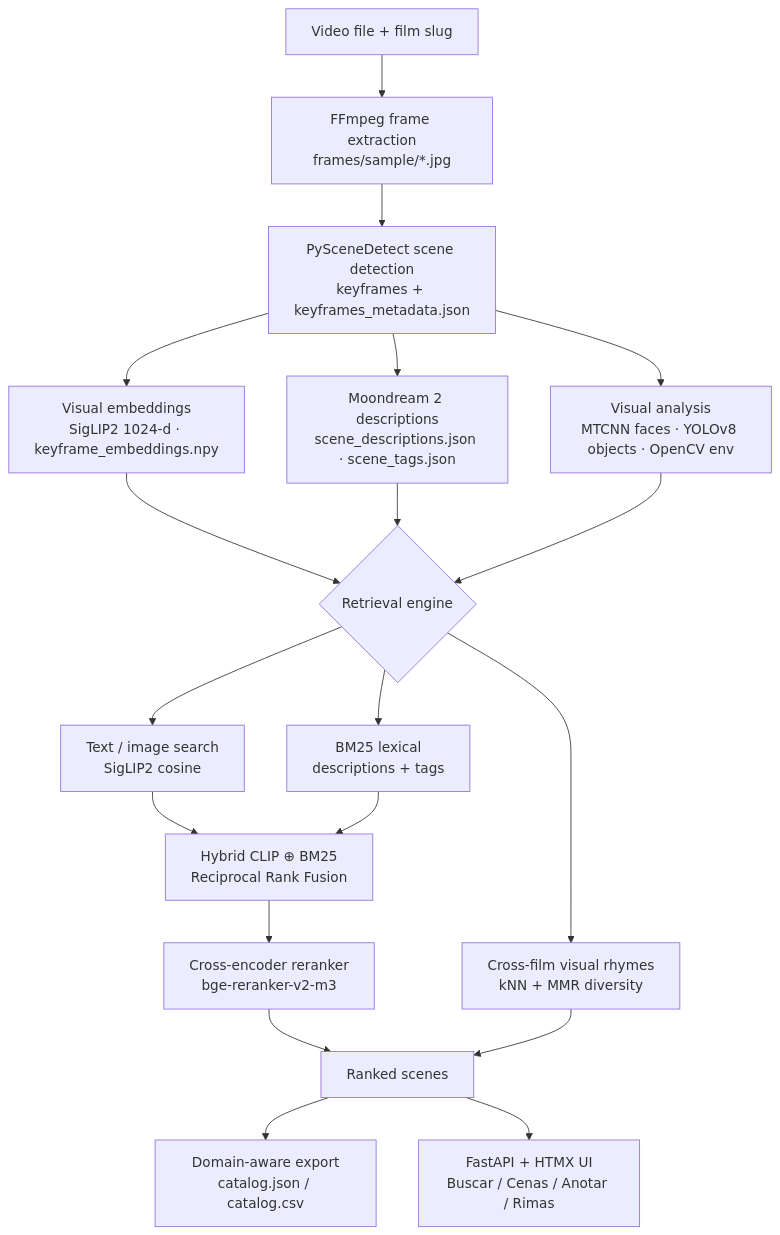
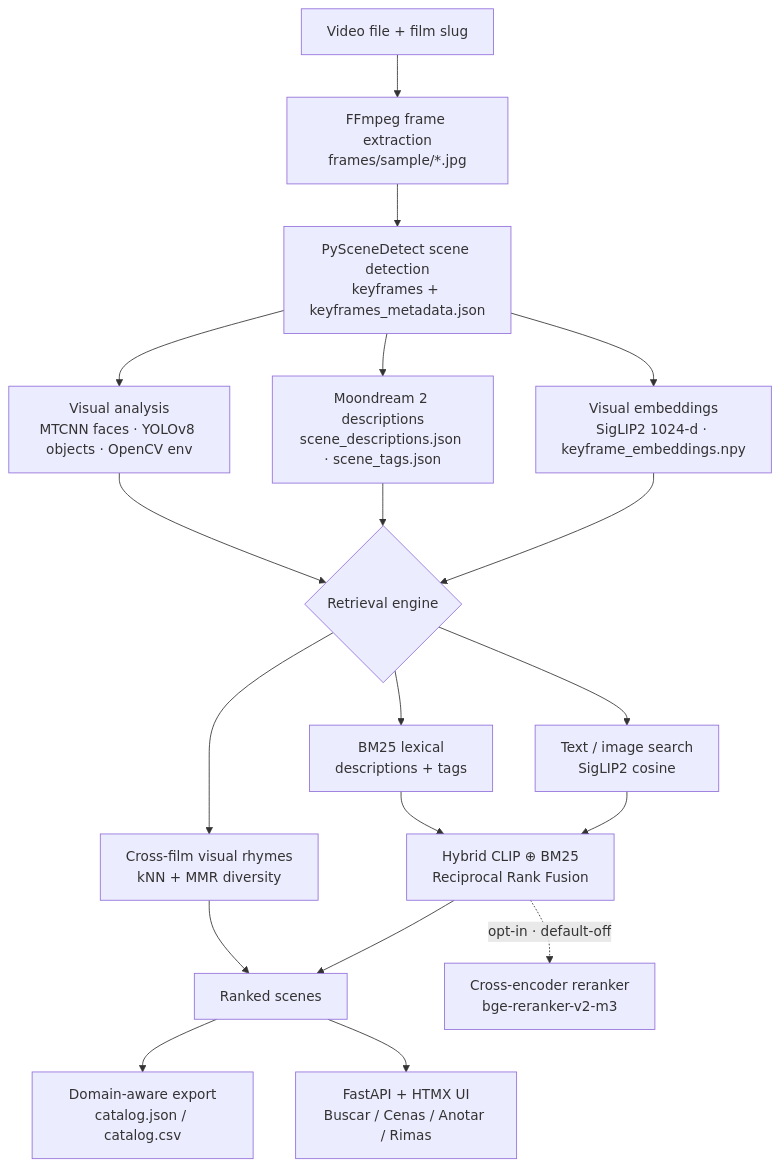
One commit to guto-mojica/kuaa changed the diagram in README.md. Above: the diagram before and after it, drawn with Mermaid. The commit also changed other lines of this file, not shown here.

First line of the commit message:
docs: reconcile docs to current reranker/audio reality + trim

````diff
--- a/README.md
+++ b/README.md
@@ -345,23 +346,23 @@
 ```mermaid
 flowchart TD
     V[Video file + film slug] --> FR[FFmpeg frame extraction<br/>frames/sample/*.jpg]
     FR --> SC[PySceneDetect scene detection<br/>keyframes + keyframes_metadata.json]
     SC --> VIS[Visual analysis<br/>MTCNN faces · YOLOv8 objects · OpenCV env]
     SC --> EMB[Visual embeddings<br/>SigLIP2 1024-d · keyframe_embeddings.npy]
     SC --> LLM[Moondream 2 descriptions<br/>scene_descriptions.json · scene_tags.json]
 
     EMB --> RET{Retrieval engine}
     LLM --> RET
     VIS --> RET
 
     RET --> TXT[Text / image search<br/>SigLIP2 cosine]
     RET --> BM25[BM25 lexical<br/>descriptions + tags]
     TXT --> HYB[Hybrid CLIP &oplus; BM25<br/>Reciprocal Rank Fusion]
     BM25 --> HYB
     RET --> RHY[Cross-film visual rhymes<br/>kNN + MMR diversity]
-    HYB --> RR[Cross-encoder reranker<br/>bge-reranker-v2-m3]
-    RR --> RES[Ranked scenes]
+    HYB --> RES[Ranked scenes]
+    HYB -. opt-in · default-off .-> RR[Cross-encoder reranker<br/>bge-reranker-v2-m3]
     RHY --> RES
     RES --> EXP[Domain-aware export<br/>catalog.json / catalog.csv]
     RES --> UI[FastAPI + HTMX UI<br/>Buscar / Cenas / Anotar / Rimas]
 ```
````
